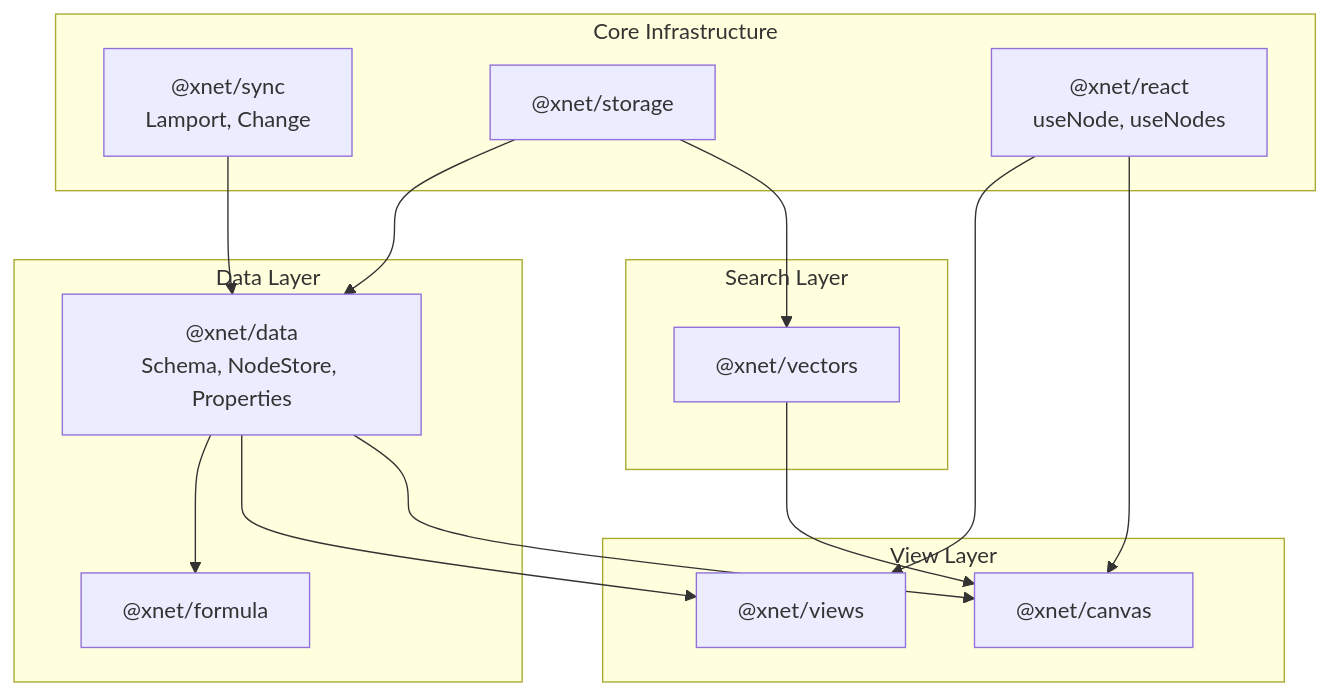
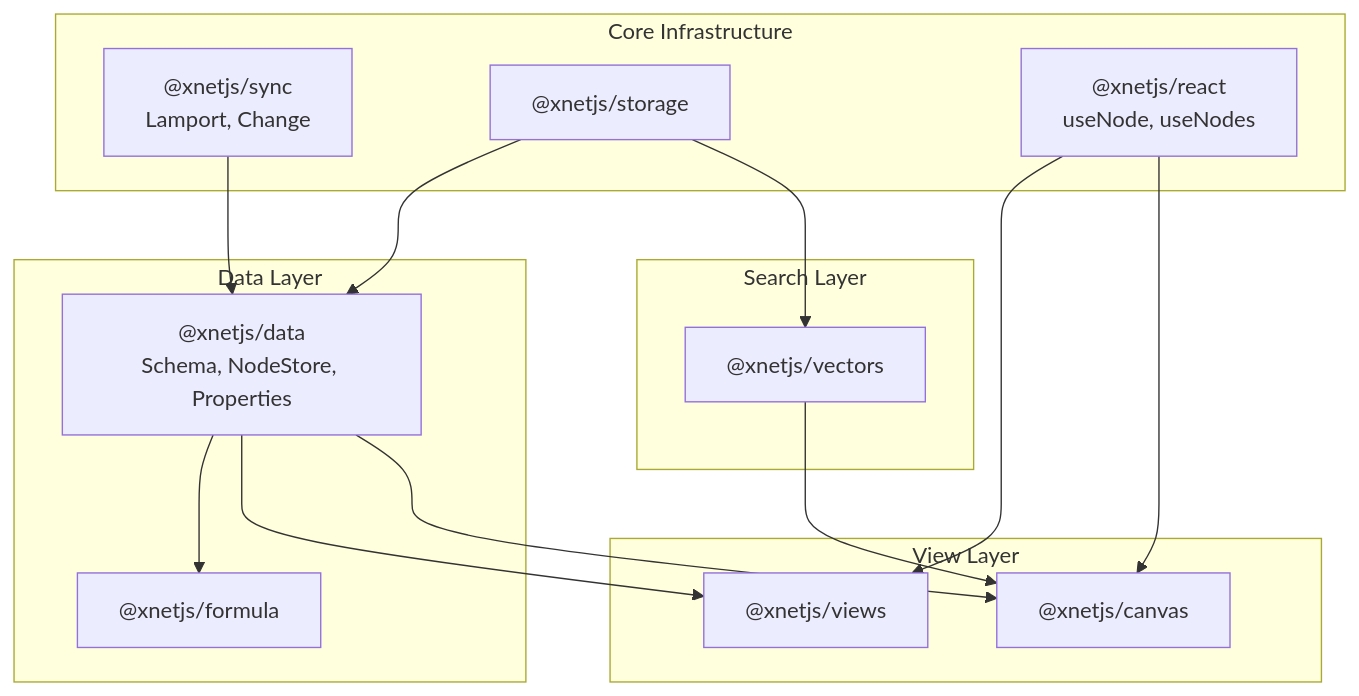
The diagram in docs/plans/plan02DatabasePlatform/README.md (crs48/xNet), drawn with Mermaid before and after one commit. The commit also changed other lines of this file and 980 other files, not shown here.

````diff
--- a/docs/plans/plan02DatabasePlatform/README.md
+++ b/docs/plans/plan02DatabasePlatform/README.md
@@ -143,32 +143,32 @@
 ```mermaid
 flowchart TD
     subgraph "Data Layer"
-        DATA["@xnet/data<br/>Schema, NodeStore, Properties"]
-        FORMULA["@xnet/formula"]
+        DATA["@xnetjs/data<br/>Schema, NodeStore, Properties"]
+        FORMULA["@xnetjs/formula"]
     end
 
     subgraph "View Layer"
-        VIEWS["@xnet/views"]
-        CANVAS["@xnet/canvas"]
+        VIEWS["@xnetjs/views"]
+        CANVAS["@xnetjs/canvas"]
     end
 
     subgraph "Search Layer"
-        VECTORS["@xnet/vectors"]
+        VECTORS["@xnetjs/vectors"]
     end
 
     subgraph "Core Infrastructure"
-        SYNC["@xnet/sync<br/>Lamport, Change<T>"]
-        STORAGE["@xnet/storage"]
-        REACT["@xnet/react<br/>useNode, useNodes"]
+        SYNC["@xnetjs/sync<br/>Lamport, Change<T>"]
+        STORAGE["@xnetjs/storage"]
+        REACT["@xnetjs/react<br/>useNode, useNodes"]
     end
 
     SYNC --> DATA
     STORAGE --> DATA
     DATA --> FORMULA
     DATA --> VIEWS
     DATA --> CANVAS
     REACT --> VIEWS
     REACT --> CANVAS
     STORAGE --> VECTORS
     VECTORS --> CANVAS
 ```
````
